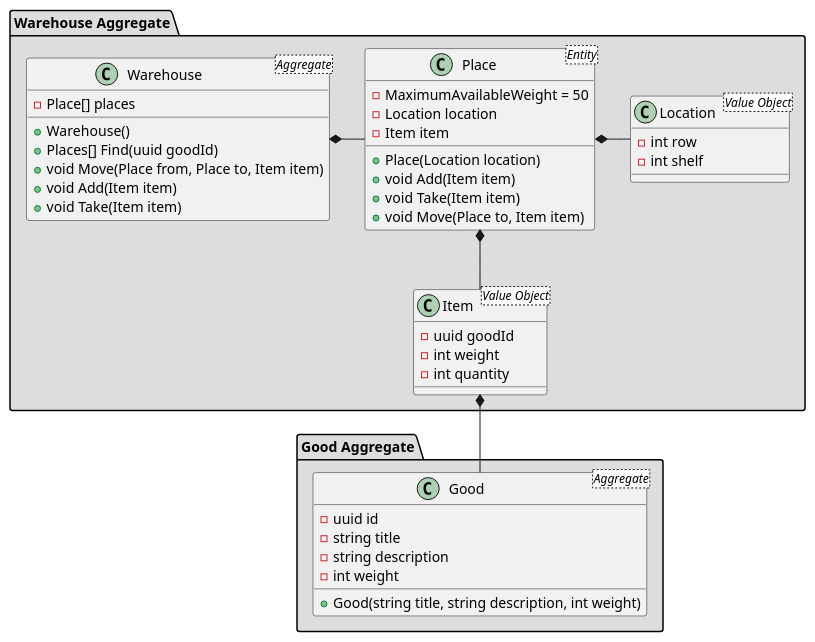
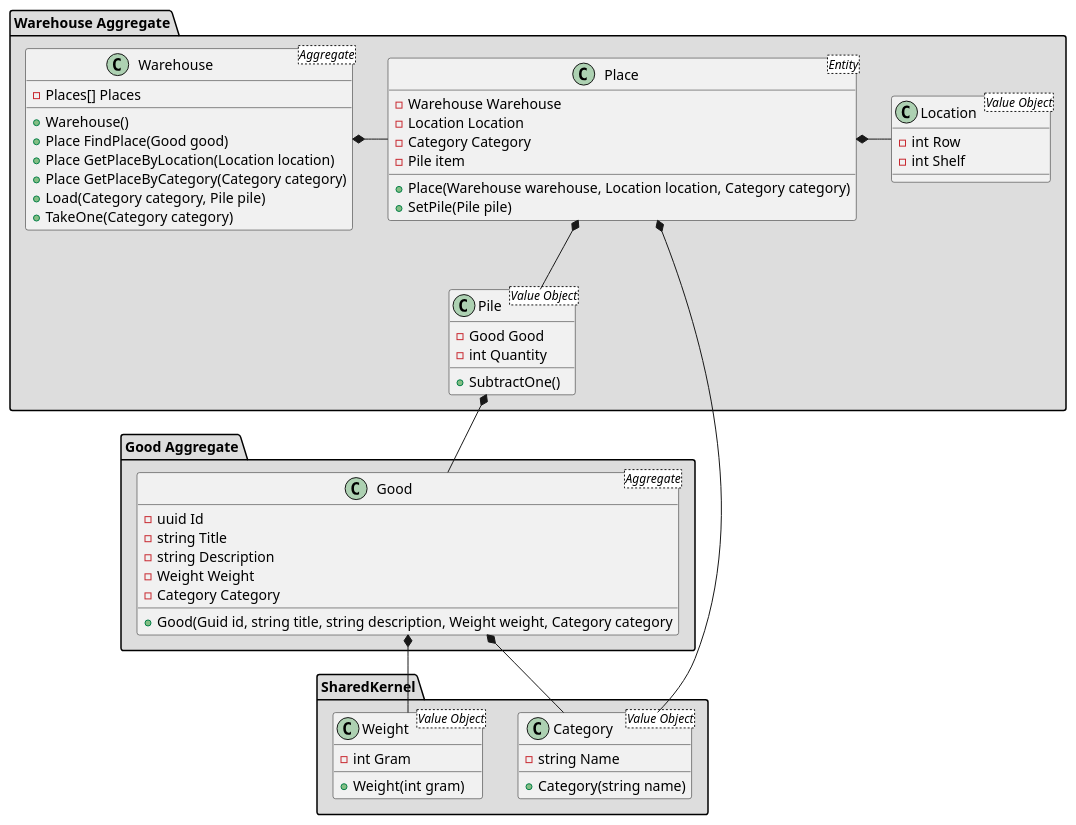
One commit to gerzhan/knigaexpert-system-design changed the third of 5 diagrams in services/warehouse/README.md. Above: the diagram before and after it, drawn with PlantUML. The commit also changed other lines of this file, not shown here.

````diff
--- a/services/warehouse/README.md
+++ b/services/warehouse/README.md
@@ -72,53 +72,71 @@
 ```plantuml
 package "Warehouse Aggregate"  #DDDDDD {
   Class Warehouse <Aggregate>
   {
-    - Place[] places
+    - Places[] Places
 
     + Warehouse()
-    + Places[] Find(uuid goodId)
-    + void Move(Place from, Place to, Item item)
-    + void Add(Item item)
-    + void Take(Item item)
+    + Place FindPlace(Good good)
+    + Place GetPlaceByLocation(Location location)
+    + Place GetPlaceByCategory(Category category)
+    + Load(Category category, Pile pile)
+    + TakeOne(Category category)
   }
   
   Class Place <Entity>
   {
-    - MaximumAvailableWeight = 50
-    - Location location
-    - Item item
+    - Warehouse Warehouse
+    - Location Location
+    - Category Category
+    - Pile item
 
-    + Place(Location location)  
-    + void Add(Item item)
-    + void Take(Item item)
-    + void Move(Place to, Item item)
-  }
+    + Place(Warehouse warehouse, Location location, Category category)
+    + SetPile(Pile pile)
+  }  
 
-  Class Item <Value Object>{
-    - uuid goodId
-    - int weight
-    - int quantity     
+  Class Pile <Value Object>{
+    - Good Good
+    - int Quantity
+    + SubtractOne()
   }
 
   Class Location <Value Object> {
-    - int row
-    - int shelf 
+    - int Row
+    - int Shelf 
   }
 
   Warehouse *- Place
   Place *- Location
-  Place *-- Item  
+  Place *-- Pile
+}
+
+package "SharedKernel" #DDDDDD {
+  Class Category <Value Object>
+  {
+    - string Name
+    + Category(string name)
+  }  
+  Place *- Category 
+
+  Class Weight <Value Object>
+  {
+    - int Gram
+    + Weight(int gram)
+  }
 }
 
 package "Good Aggregate" #DDDDDD {
   Class Good <Aggregate>
   {
-    - uuid id
-    - string title
-    - string description
-    - int weight
-    + Good(string title, string description, int weight)
+    - uuid Id
+    - string Title
+    - string Description
+    - Weight Weight
+    - Category Category
+    + Good(Guid id, string title, string description, Weight weight, Category category
   }
-  Item *-- Good
+  Good *-- Weight
+  Good *- Category
+  Pile *-- Good
 }
 ```
````
